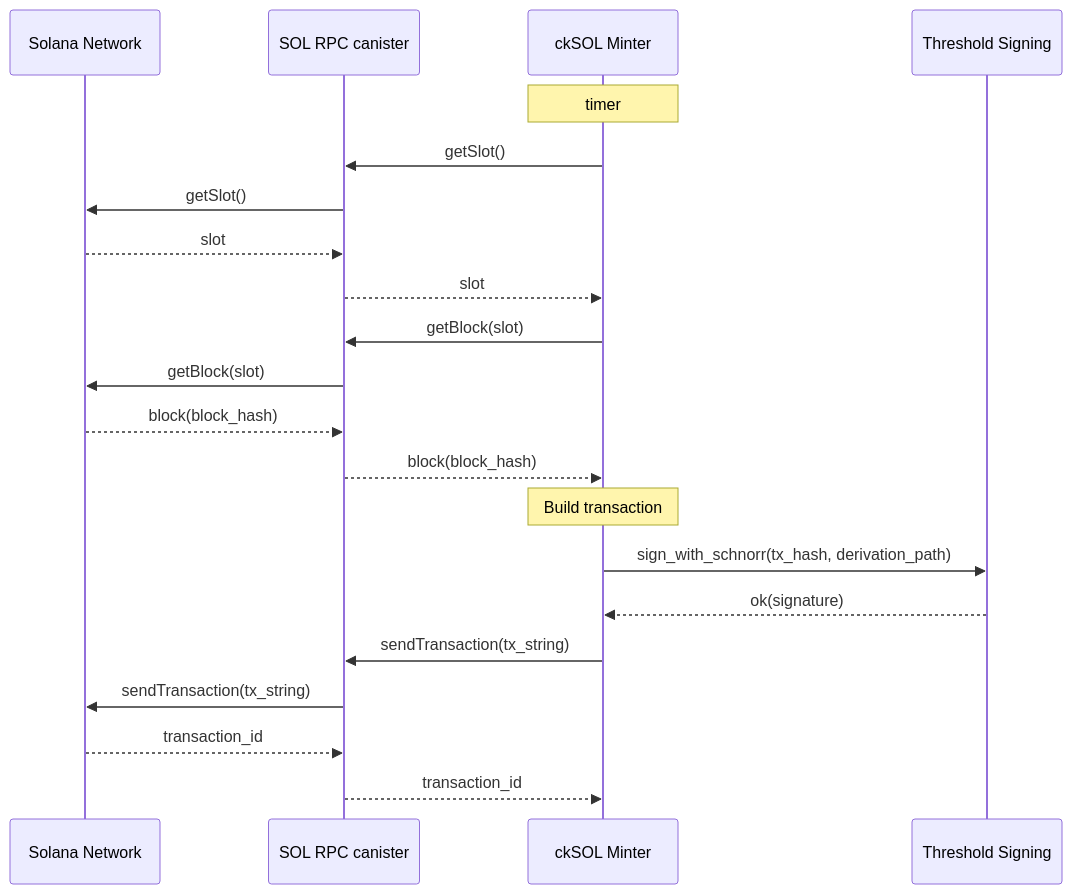
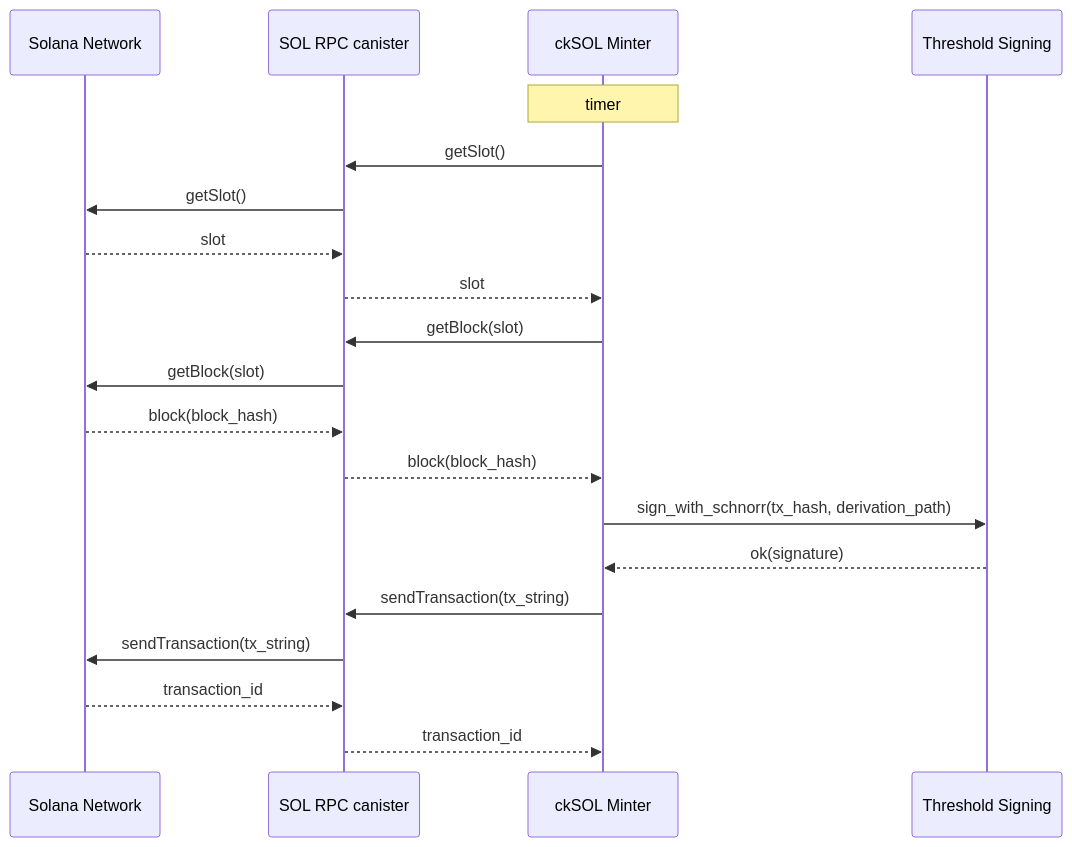
Before and after one commit to dfinity/cksol: the third of 6 diagrams in ARCHITECTURE.md, drawn with Mermaid. The commit also changed other lines of this file, not shown here.

````diff
--- a/ARCHITECTURE.md
+++ b/ARCHITECTURE.md
@@ -195,27 +195,26 @@
 ```mermaid
 sequenceDiagram
     participant SN as Solana Network
     participant RPC as SOL RPC canister
     participant Minter as ckSOL Minter
     participant TS as Threshold Signing
 
     Note over Minter: timer
     Minter->>RPC: getSlot()
     RPC->>SN: getSlot()
     SN-->>RPC: slot
     RPC-->>Minter: slot
 
     Minter->>RPC: getBlock(slot)
     RPC->>SN: getBlock(slot)
     SN-->>RPC: block(block_hash)
     RPC-->>Minter: block(block_hash)
 
-    Note over Minter: Build transaction
     Minter->>TS: sign_with_schnorr(tx_hash, derivation_path)
     TS-->>Minter: ok(signature)
 
     Minter->>RPC: sendTransaction(tx_string)
     RPC->>SN: sendTransaction(tx_string)
     SN-->>RPC: transaction_id
     RPC-->>Minter: transaction_id
 ```
````
